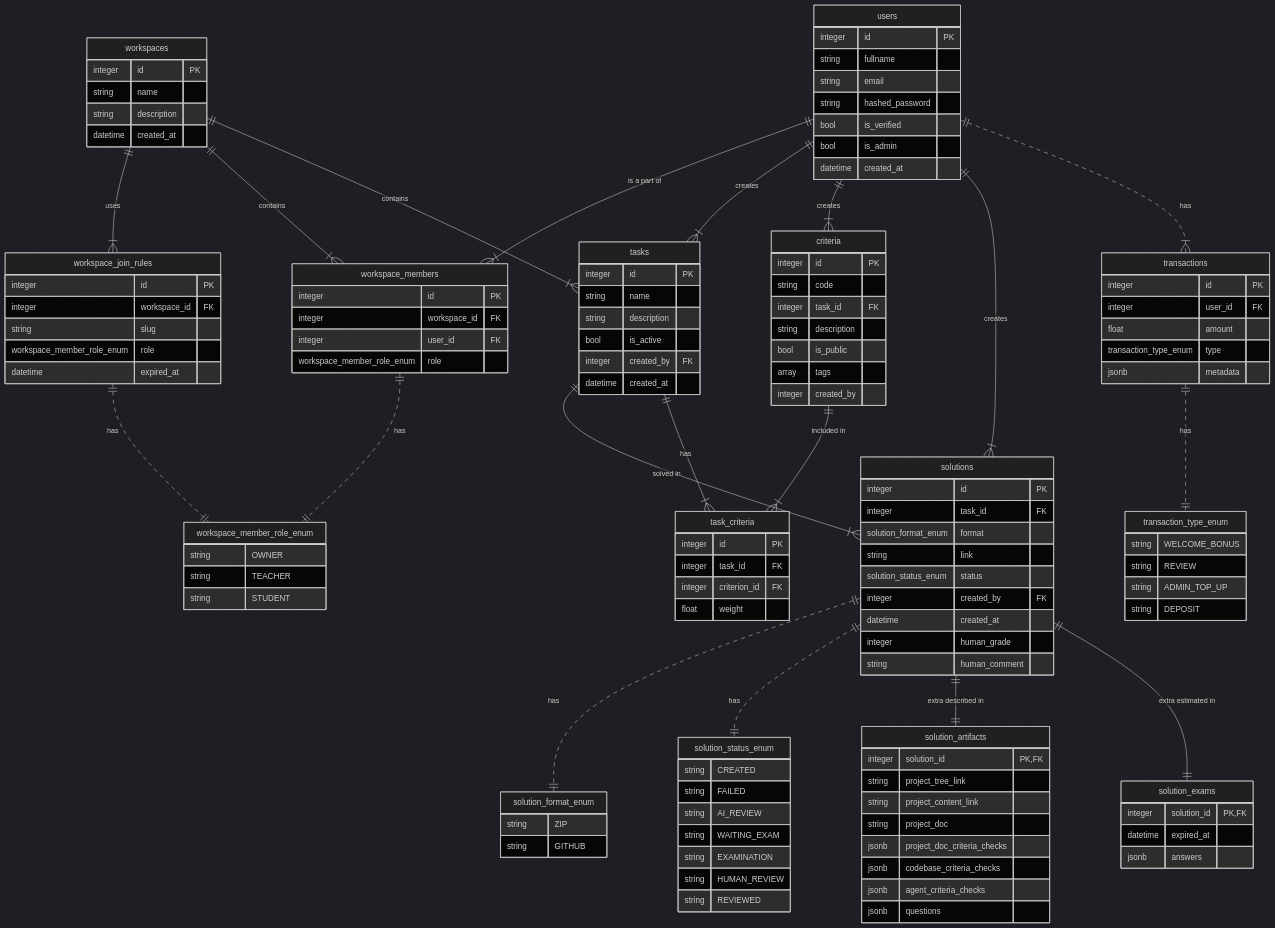
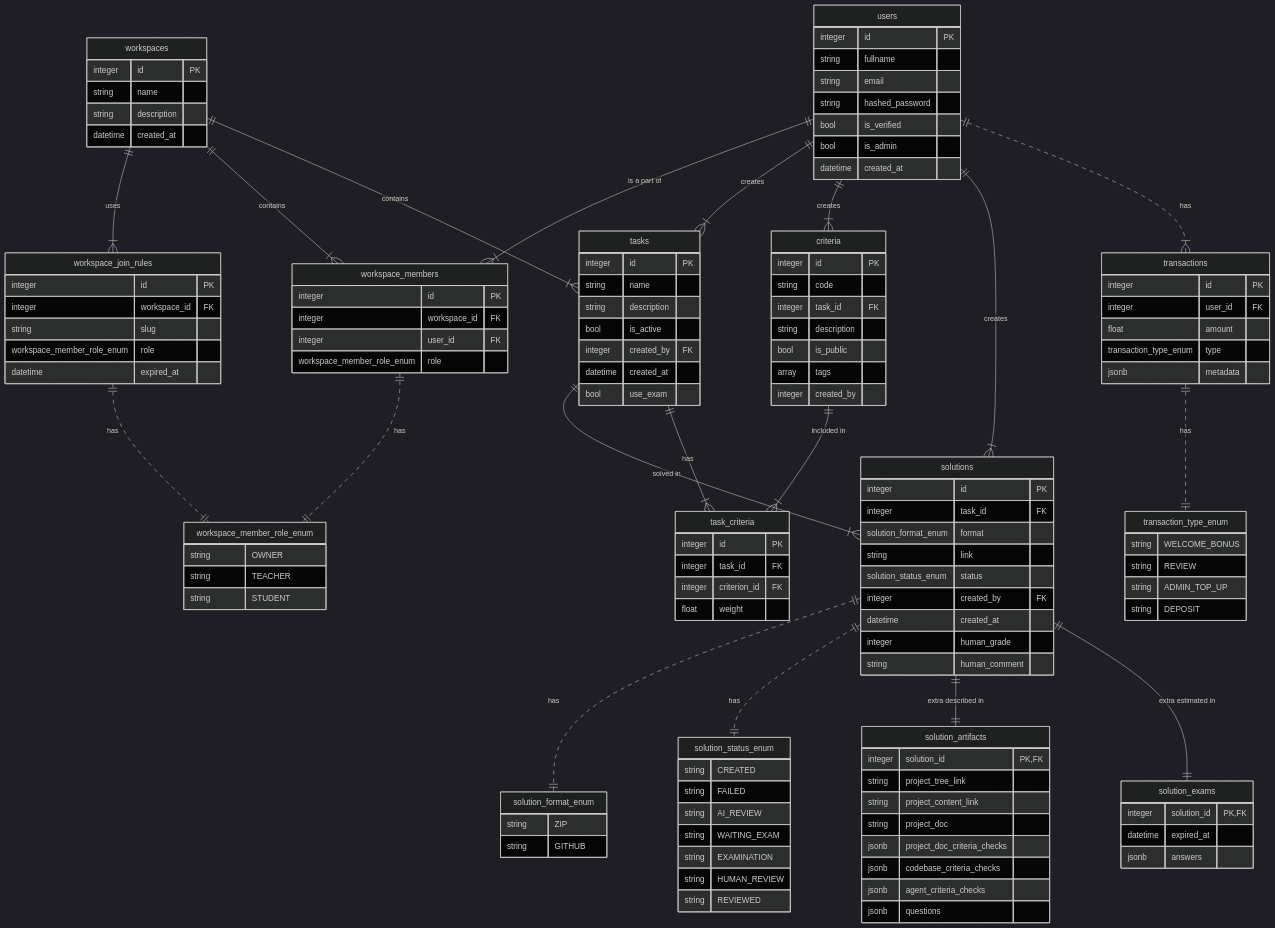
One commit to Daniil-Solo/AIReviewBackend changed the diagram in docs/architecture/data_model.md. Above: the diagram before and after it, drawn with Mermaid (dark theme). The commit also changed 1 other file, not shown here.

```diff
--- a/docs/architecture/data_model.md
+++ b/docs/architecture/data_model.md
@@ -47,6 +47,7 @@
         bool is_active
         integer created_by FK
         datetime created_at
+        bool use_exam
     }
     
     criteria {
```
